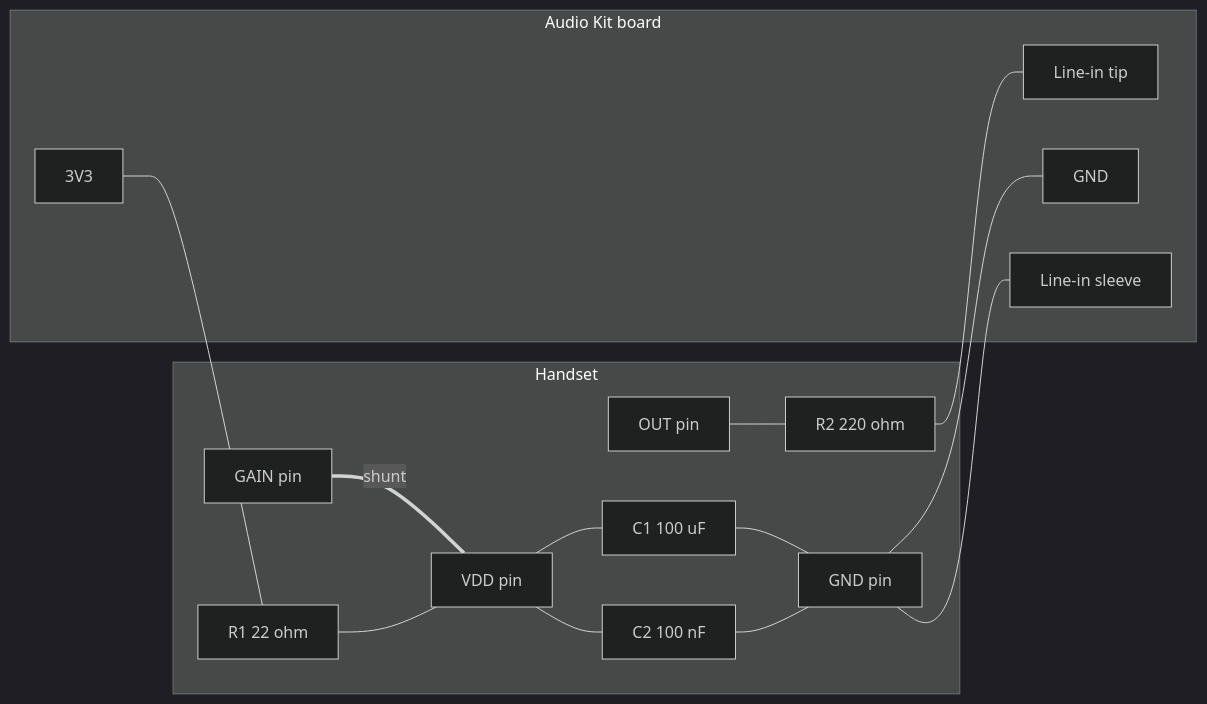
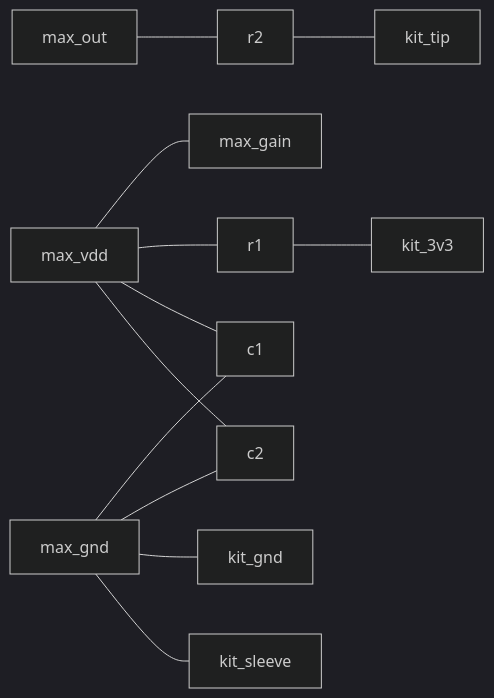
The diagram in doc/initial_design.md (rusttick/weeBell_bluetooth), drawn with Mermaid (dark theme) before and after one commit.

Commit message:
working on microphone wiring diagram

````diff
--- a/doc/initial_design.md
+++ b/doc/initial_design.md
@@ -204,28 +204,32 @@
   ```mermaid
   flowchart LR
-    subgraph HANDSET["Handset"]
-      VDD["VDD pin"]
-      GND["GND pin"]
-      GAIN["GAIN pin"]
-      OUT["OUT pin"]
-      R1["R1 22 ohm"]
-      C1["C1 100 uF"]
-      C2["C2 100 nF"]
-      R2["R2 220 ohm"]
-    end
+    max_vdd["max_vdd"]
+    max_gnd["max_gnd"]
+    max_gain["max_gain"]
+    max_out["max_out"]
 
-    subgraph BOARD["Audio Kit board"]
-      V3["3V3"]
-      G["GND"]
-      TIP["Line-in tip"]
-      SLV["Line-in sleeve"]
-    end
+    r1["r1"]
+    r2["r2"]
+    c1["c1"]
+    c2["c2"]
 
-    V3 --- R1 --- VDD
-    VDD --- C1 --- GND
-    VDD --- C2 --- GND
-    GAIN ===|shunt| VDD
-    OUT --- R2 --- TIP
-    GND --- G
-    GND --- SLV
+    kit_3v3["kit_3v3"]
+    kit_gnd["kit_gnd"]
+    kit_tip["kit_tip"]
+    kit_sleeve["kit_sleeve"]
+
+    max_vdd --- max_gain
+    max_vdd --- r1
+    max_vdd --- c1
+    max_vdd --- c2
+
+    max_gnd --- c1
+    max_gnd --- c2
+    max_gnd --- kit_gnd
+    max_gnd --- kit_sleeve
+
+    max_out --- r2
+
+    r1 --- kit_3v3
+    r2 --- kit_tip
   ```
````
